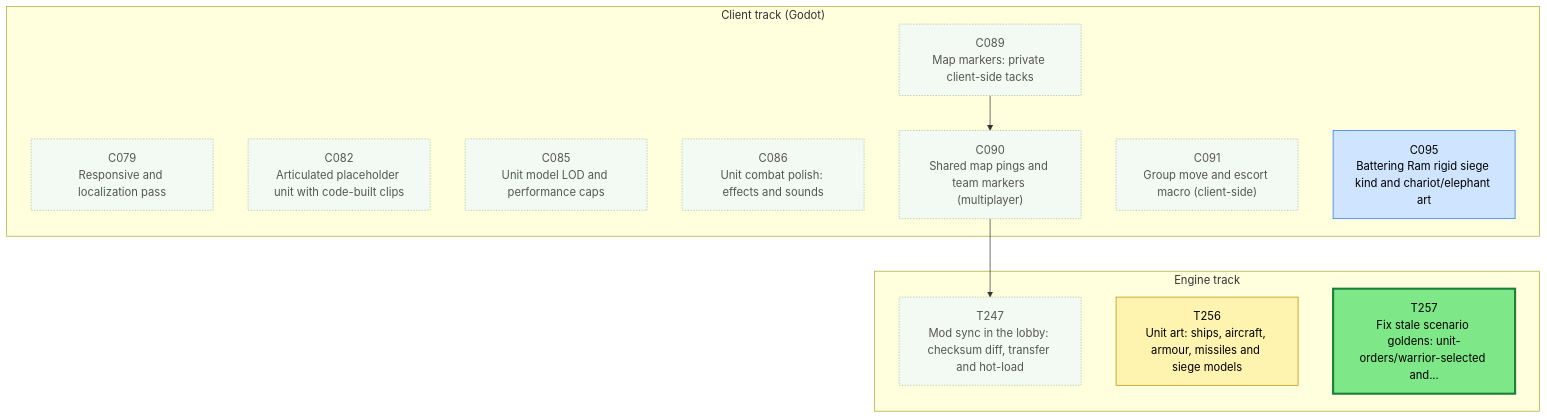
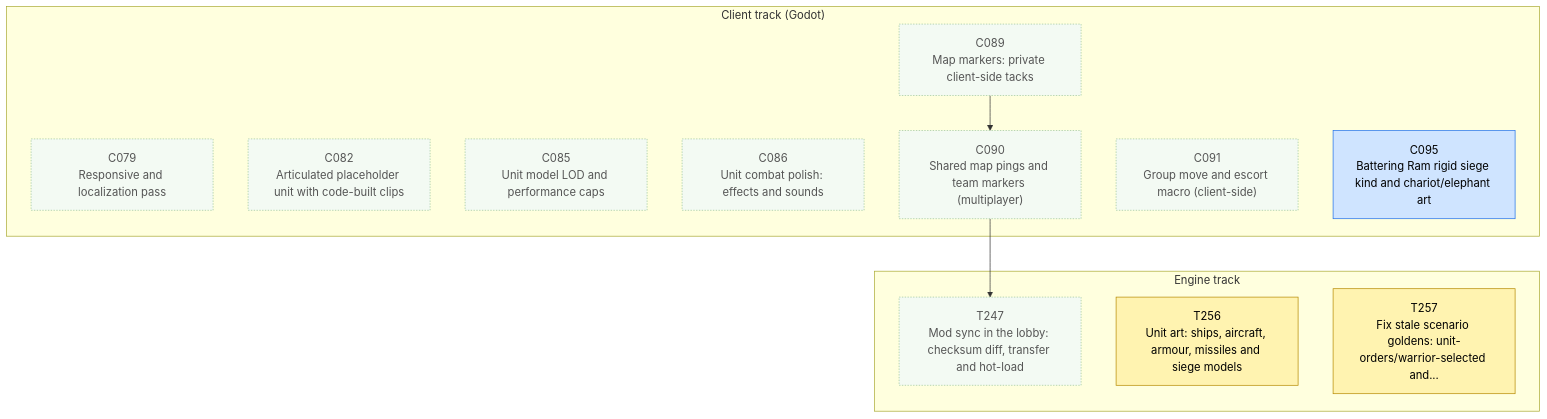
The first of 3 diagrams in csharp/migration/DEPENDENCY_MAP.md (Kenmura/Unciv), drawn with Mermaid before and after one commit. The commit also changed other lines of this file and 1 other file, not shown here.

````diff
--- a/csharp/migration/DEPENDENCY_MAP.md
+++ b/csharp/migration/DEPENDENCY_MAP.md
@@ -25,38 +25,38 @@
 ```mermaid
 flowchart TD
   subgraph TTRACK["Engine track"]
     T247["T247<br/>Mod sync in the lobby: checksum diff, transfer and hot-load"]
     T256["T256<br/>Unit art: ships, aircraft, armour, missiles and siege models"]
     T257["T257<br/>Fix stale scenario goldens: unit-orders/warrior-selected and..."]
   end
   subgraph CTRACK["Client track (Godot)"]
     C079["C079<br/>Responsive and localization pass"]
     C082["C082<br/>Articulated placeholder unit with code-built clips"]
     C085["C085<br/>Unit model LOD and performance caps"]
     C086["C086<br/>Unit combat polish: effects and sounds"]
     C089["C089<br/>Map markers: private client-side tacks"]
     C090["C090<br/>Shared map pings and team markers (multiplayer)"]
     C091["C091<br/>Group move and escort macro (client-side)"]
     C095["C095<br/>Battering Ram rigid siege kind and chariot/elephant art"]
   end
   C090 --> T247
   C089 --> C090
   classDef waiting fill:#f3faf3,stroke:#9bc49b,color:#555,stroke-dasharray:2 2
   classDef ondeck fill:#ffe8cc,stroke:#e8590c,stroke-width:3px,color:#000
   classDef ready fill:#7ee787,stroke:#1a7f37,stroke-width:3px,color:#000
   classDef prog fill:#fff3b0,stroke:#b58900,color:#000
   classDef review fill:#cfe4ff,stroke:#1f6feb,color:#000
   classDef blocked fill:#ffd6d6,stroke:#c62828,color:#000
   classDef done fill:#eeeeee,stroke:#999999,color:#666,stroke-dasharray:4 3
   class C079 waiting
   class C082 waiting
   class C085 waiting
   class C086 waiting
   class C089 waiting
   class C090 waiting
   class C091 waiting
   class C095 review
   class T247 waiting
   class T256 prog
-  class T257 ready
+  class T257 prog
 ```
````
